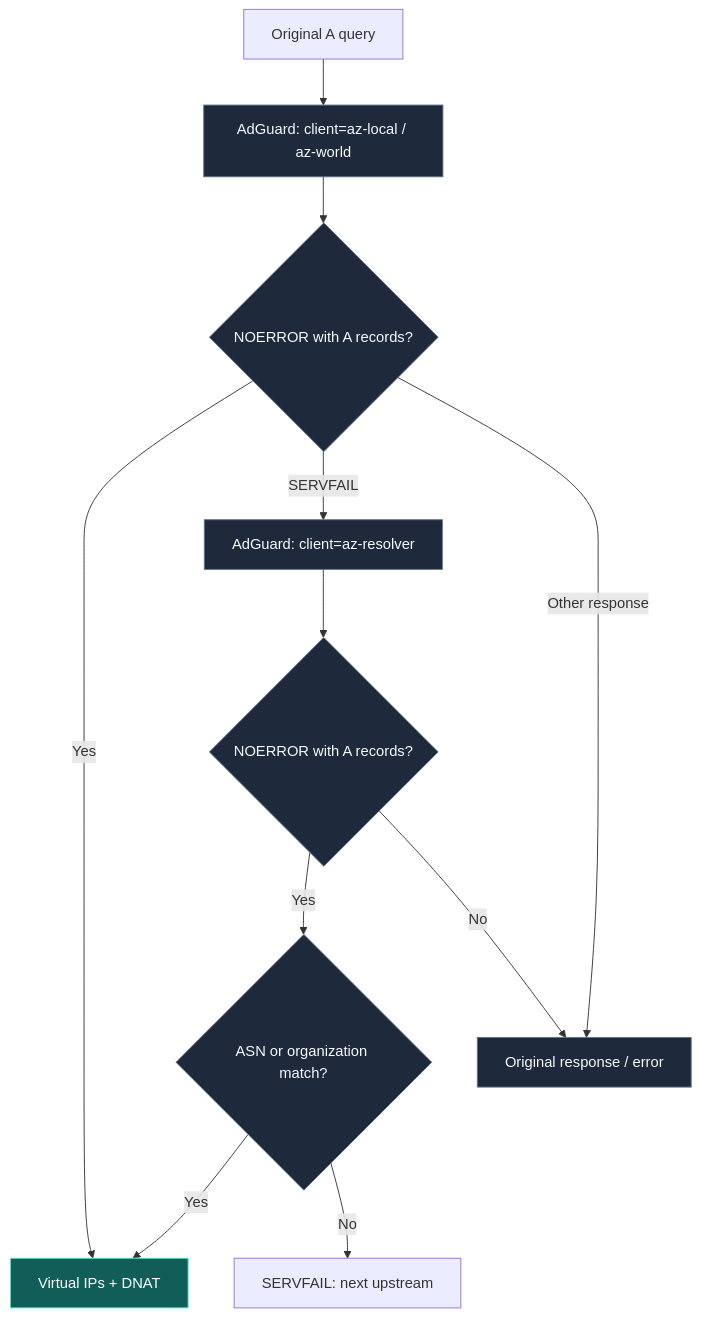
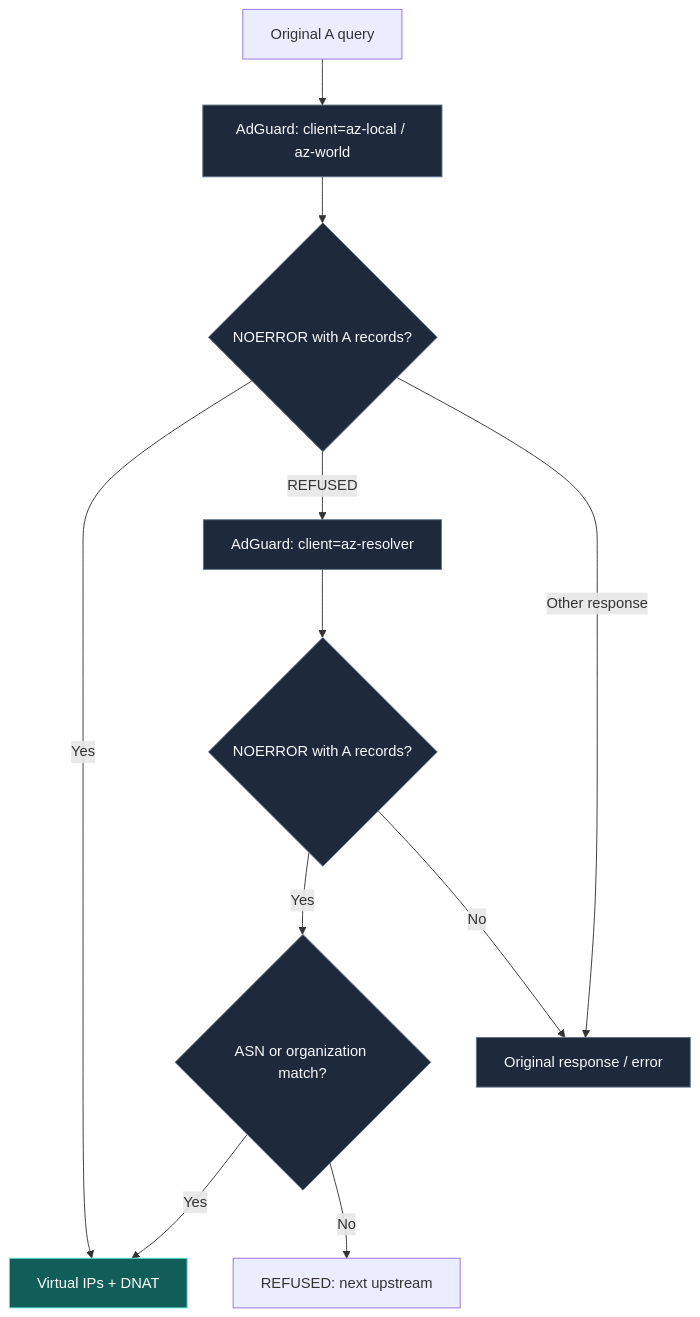
The third of 3 diagrams in README.md (xtrime-ru/antizapret-vpn-docker), drawn with Mermaid before and after one commit. The commit also changed other lines of this file and 14 other files, not shown here.

````diff
--- a/README.md
+++ b/README.md
@@ -841,18 +843,18 @@
 ```mermaid
 flowchart TB
     q["Original A query"] --> first["AdGuard: client=az-local / az-world"]
     first --> has{"NOERROR with A records?"}
     has -->|Yes| mapped["Virtual IPs + DNAT"]
-    has -->|SERVFAIL| direct["AdGuard: client=az-resolver"]
+    has -->|REFUSED| direct["AdGuard: client=az-resolver"]
     has -->|Other response| err["Original response / error"]
     direct --> res{"NOERROR with A records?"}
     res -->|Yes| asn{"ASN or organization match?"}
     res -->|No| err
     asn -->|Yes| mapped
-    asn -->|No| fail["SERVFAIL: next upstream"]
+    asn -->|No| fail["REFUSED: next upstream"]
     classDef service fill:#1e293b,stroke:#64748b,color:#f8fafc
     classDef exit fill:#312e81,stroke:#a5b4fc,color:#ffffff
     classDef mapped fill:#115e59,stroke:#5eead4,color:#ffffff
     class first,direct,err,has,res,asn service
     class mapped mapped
 ```
````
